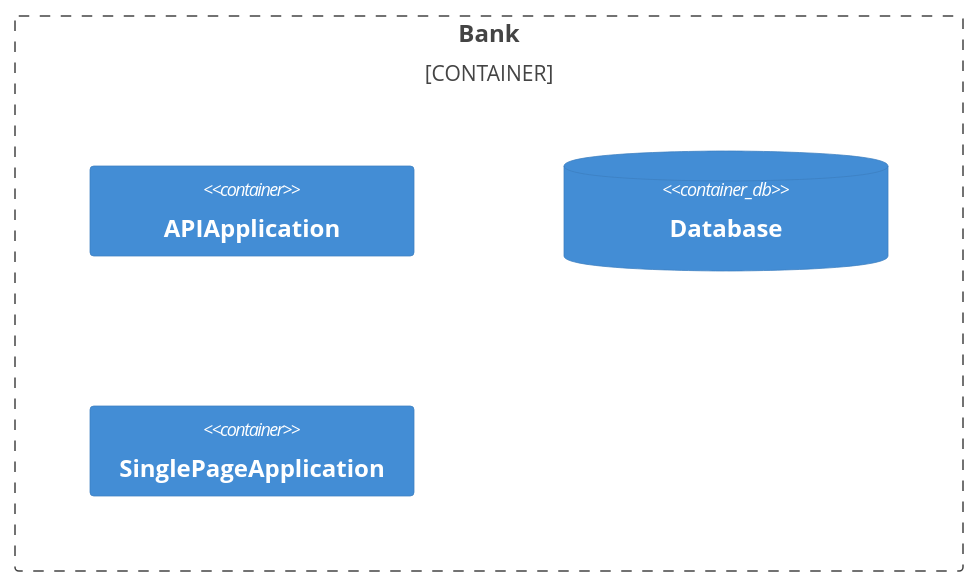
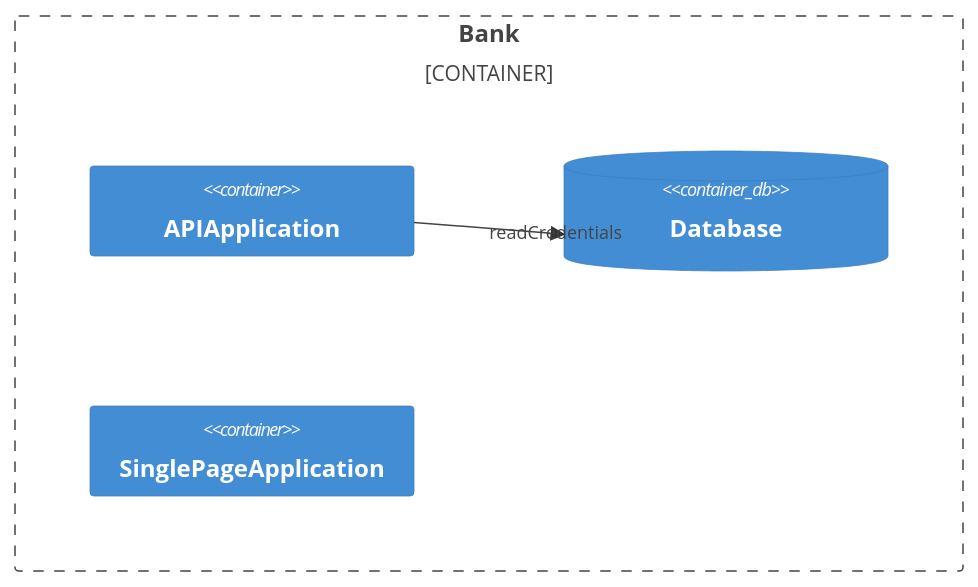
The diagram in src/examples/container-api-application.md (oselvar/c4), drawn with Mermaid before and after one commit. The commit also changed 4 other files, not shown here.

Commit message:
Graphs are hard

````diff
--- a/src/examples/container-api-application.md
+++ b/src/examples/container-api-application.md
@@ -1,10 +1,11 @@
 ```mermaid
 C4Container
 
 Container_Boundary(softwareSystemBank, "Bank") {
     Container(containerAPIApplication, "APIApplication")
     ContainerDb(containerDatabase, "Database")
     Container(containerSinglePageApplication, "SinglePageApplication")
 }
 
+Rel(containerAPIApplication, containerDatabase, "readCredentials")
 ```
````
